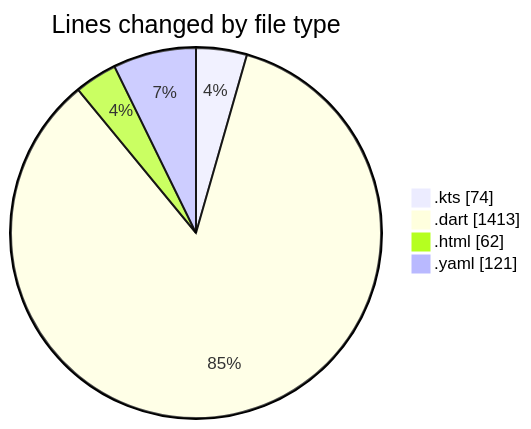
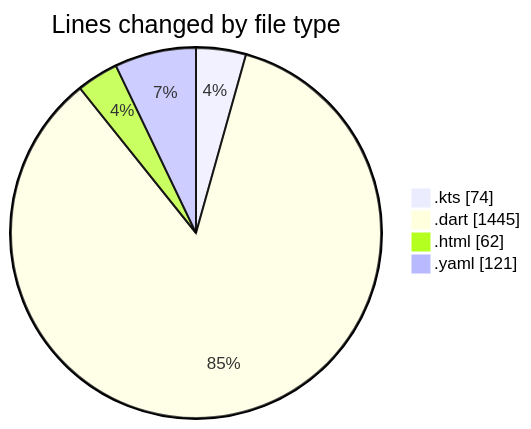
The first of 2 diagrams in 2025-08-03/studybuddy/README.md (lephambinh05/code-tracking), drawn with Mermaid before and after one commit. The commit also changed other lines of this file and 1 other file, not shown here.

````diff
--- a/2025-08-03/studybuddy/README.md
+++ b/2025-08-03/studybuddy/README.md
@@ -33,8 +33,8 @@
 ```mermaid
 pie showData
 title Lines changed by file type
 ".kts" : 74
-".dart" : 1413
+".dart" : 1445
 ".html" : 62
 ".yaml" : 121
 ```
````
